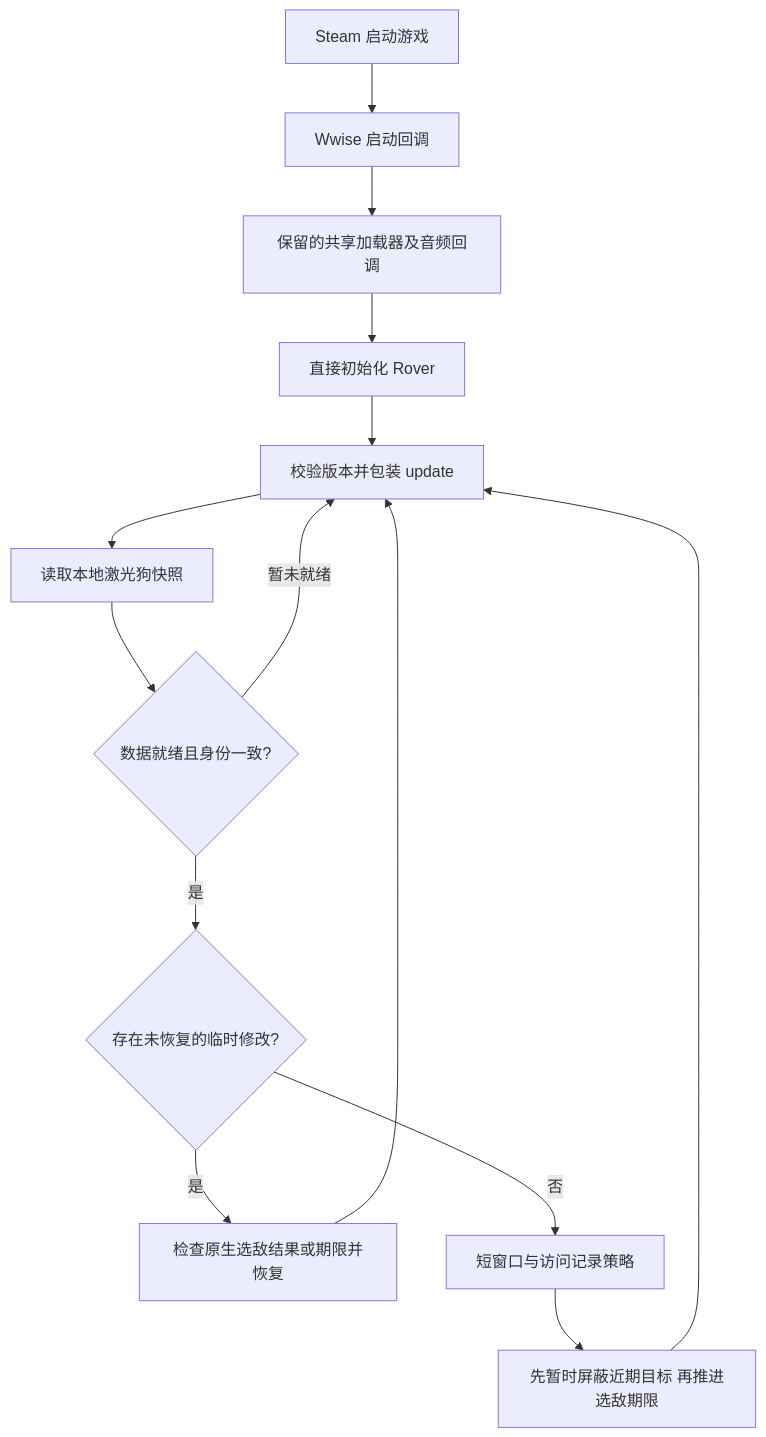
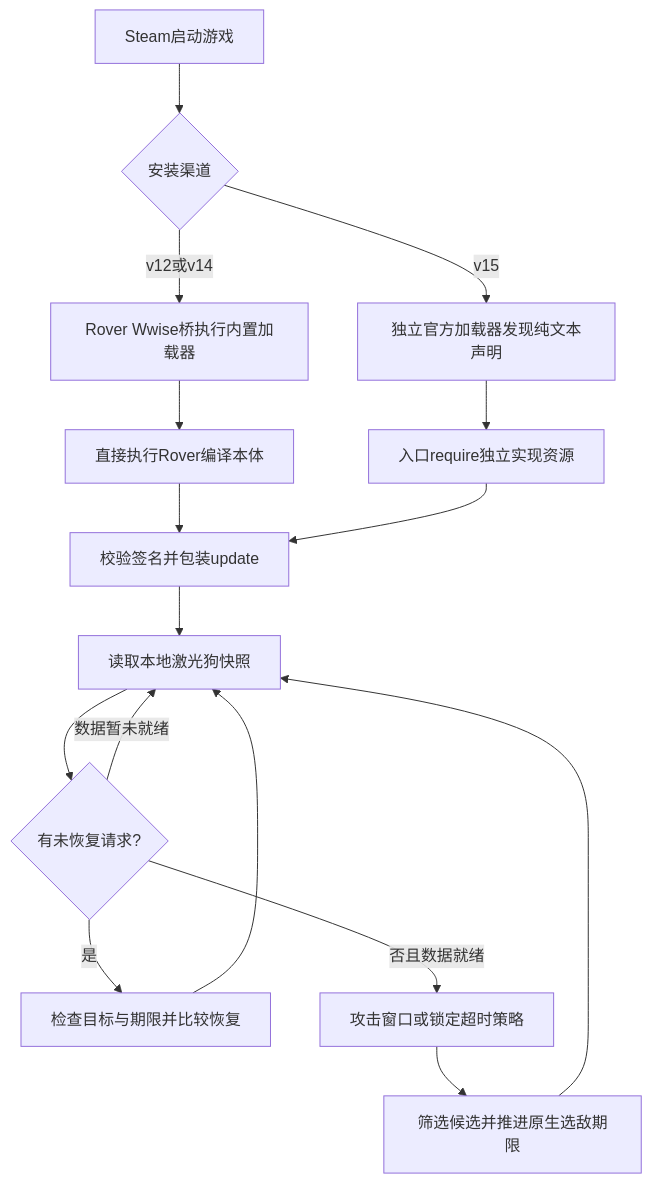
The diagram in docs/architecture.md (life2015/Helldiver-LASRover-Better-AI), drawn with Mermaid before and after one commit. The commit also changed other lines of this file and 47 other files, not shown here.

````diff
--- a/docs/architecture.md
+++ b/docs/architecture.md
@@ -23,16 +28,18 @@
 ```mermaid
 flowchart TD
-    A[Steam 启动游戏] --> B[Wwise 启动回调]
-    B --> C[保留的共享加载器及音频回调]
-    C --> D[直接初始化 Rover]
-    D --> E[校验版本并包装 update]
+    A[Steam启动游戏] --> B{安装渠道}
+    B -->|v12或v14| C[Rover Wwise桥执行内置加载器]
+    C --> D[直接执行Rover编译本体]
+    B -->|v15| V[独立官方加载器发现纯文本声明]
+    V --> W[入口require独立实现资源]
+    D --> E[校验签名并包装update]
+    W --> E
     E --> F[读取本地激光狗快照]
-    F --> G{数据就绪且身份一致?}
-    G -->|暂未就绪| E
-    G -->|是| H{存在未恢复的临时修改?}
-    H -->|是| I[检查原生选敌结果或期限并恢复]
-    H -->|否| J[短窗口与访问记录策略]
-    J --> K[先暂时屏蔽近期目标 再推进选敌期限]
-    K --> E
-    I --> E
+    F --> G{有未恢复请求?}
+    G -->|是| I[检查目标与期限并比较恢复]
+    G -->|否且数据就绪| J[攻击窗口或锁定超时策略]
+    J --> K[筛选候选并推进原生选敌期限]
+    K --> F
+    I --> F
+    G -->|数据暂未就绪| F
 ```
````
